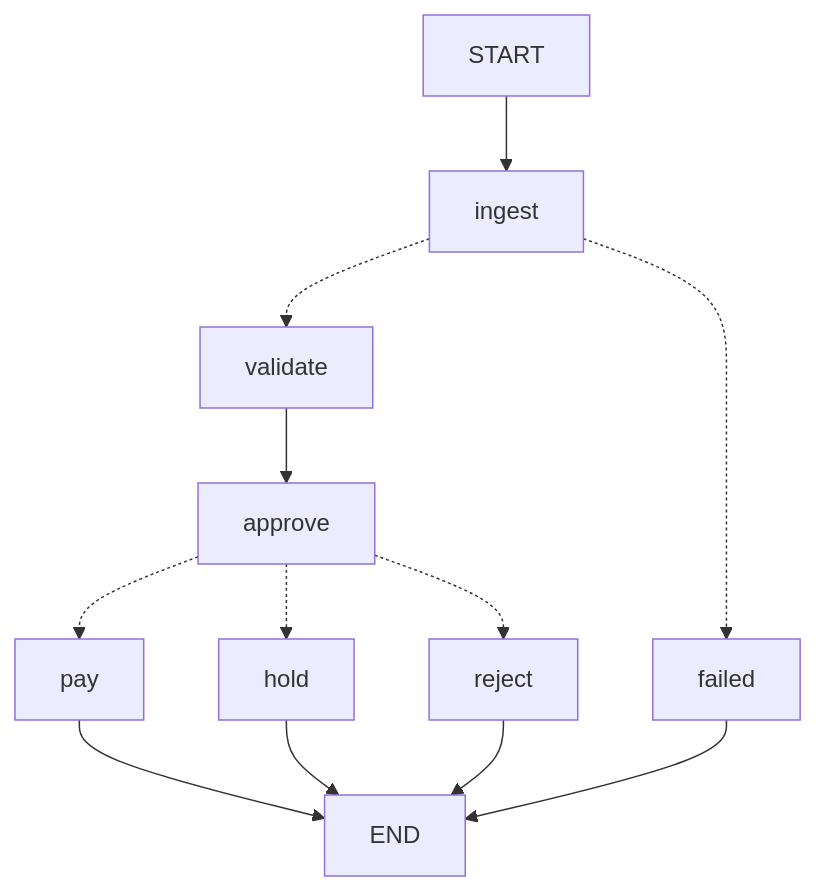
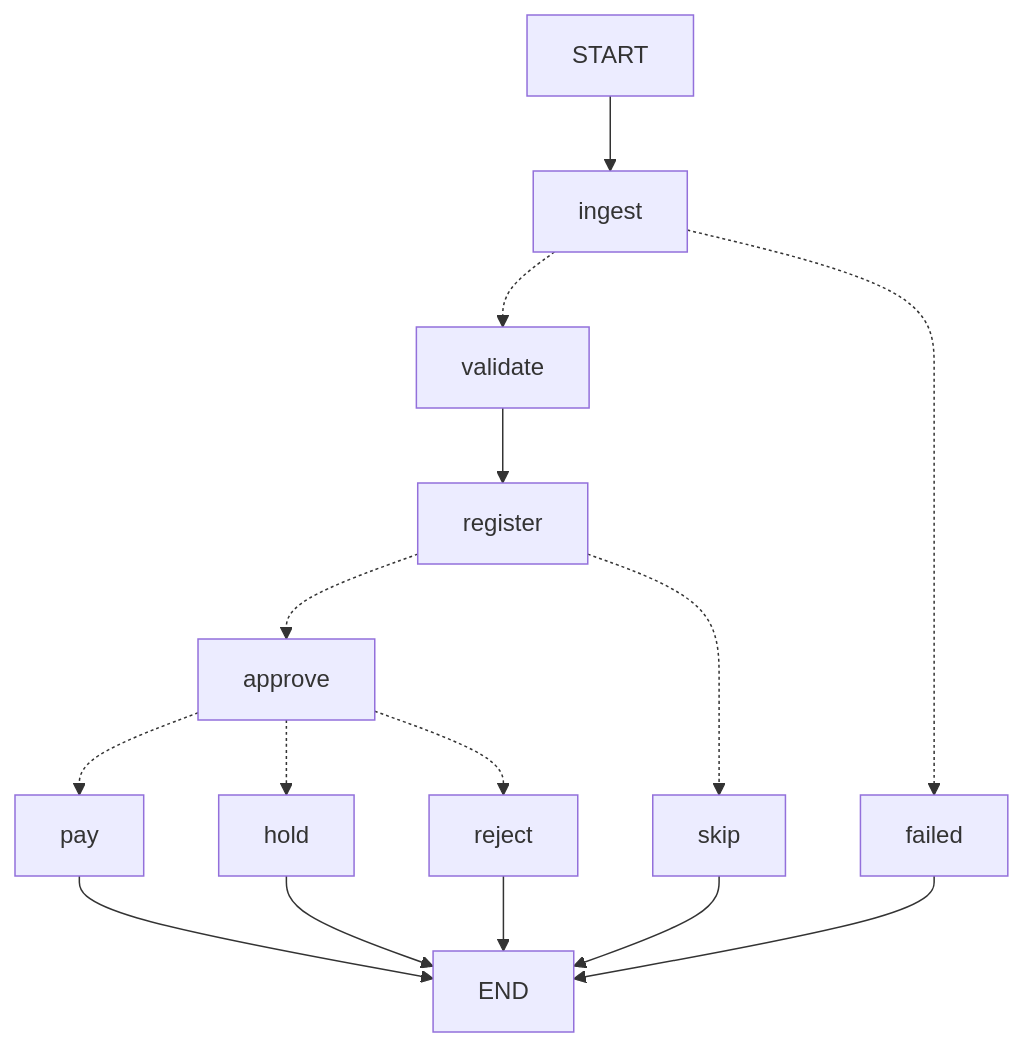
One commit to webster-hunter/galatiq-assessment-websterhunter changed the diagram in README.md. Above: the diagram before and after it, drawn with Mermaid. The commit also changed other lines of this file and 11 other files, not shown here.

````diff
--- a/README.md
+++ b/README.md
@@ -146,14 +152,17 @@
 ```mermaid
 graph TD;
     START --> ingest;
     ingest -.-> validate;
     ingest -.-> failed;
-    validate --> approve;
+    validate --> register;
+    register -.-> approve;
+    register -.-> skip;
     approve -.-> pay;
     approve -.-> hold;
     approve -.-> reject;
     pay --> END;
     hold --> END;
     reject --> END;
+    skip --> END;
     failed --> END;
 ```
````
